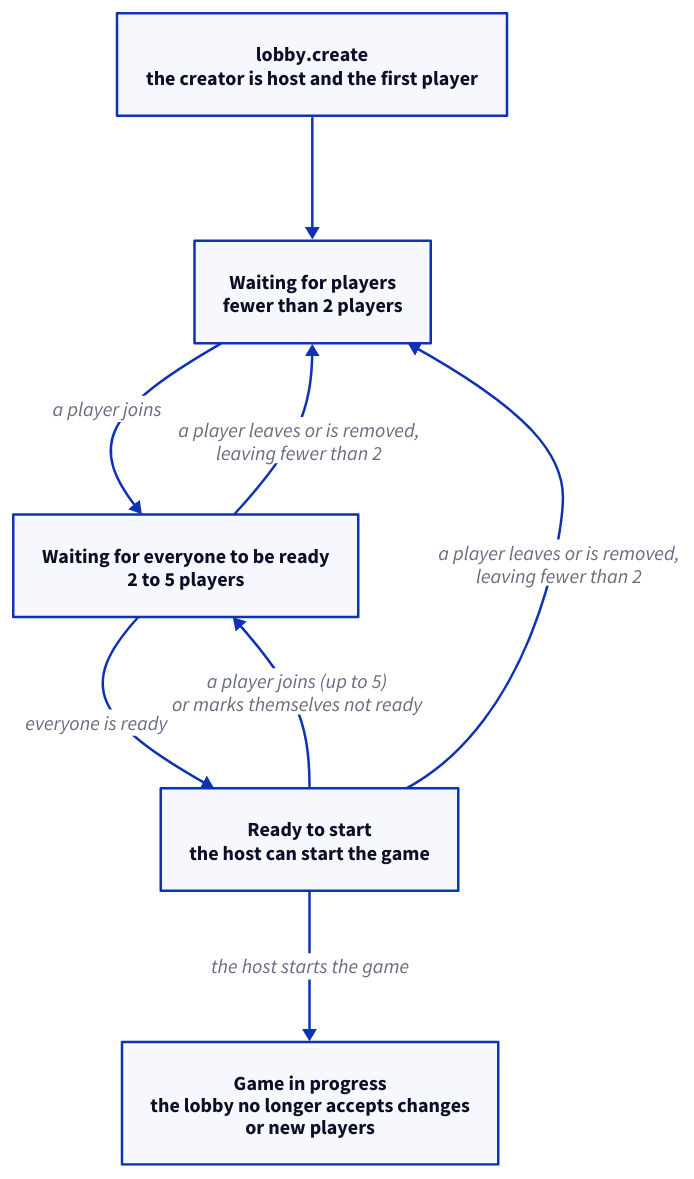
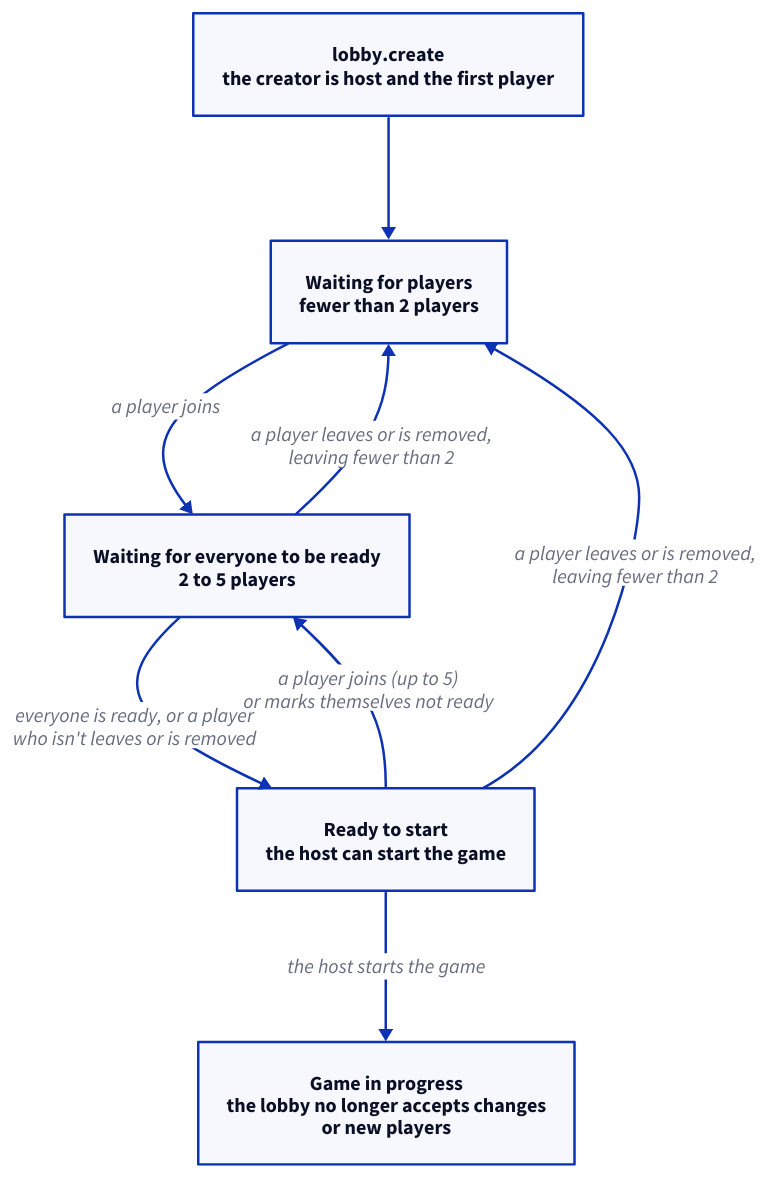
Before and after one commit to alastair-smith/card-games: the diagram in apps/docs/diagrams/flows/lobby.d2, drawn with D2. The commit also changed 4 other files, not shown here.

```diff
--- a/apps/docs/diagrams/flows/lobby.d2
+++ b/apps/docs/diagrams/flows/lobby.d2
@@ -1,19 +1,19 @@
 direction: down
 
 create: "lobby.create\nthe creator is host and the first player"
 
 waiting-for-players: "Waiting for players\nfewer than 2 players"
 waiting-for-ready: "Waiting for everyone to be ready\n2 to 5 players"
 ready: "Ready to start\nthe host can start the game"
 in-progress: "Game in progress\nthe lobby no longer accepts changes\nor new players"
 
 create -> waiting-for-players
 waiting-for-players -> waiting-for-ready: "a player joins"
-waiting-for-ready -> ready: "everyone is ready"
+waiting-for-ready -> ready: "everyone is ready, or a player\nwho isn't leaves or is removed"
 ready -> in-progress: "the host starts the game"
 
 # Steps back are written from the earlier stage, so the layout keeps the
 # stages in order from top to bottom
 waiting-for-ready <- ready: "a player joins (up to 5)\nor marks themselves not ready"
 waiting-for-players <- waiting-for-ready: "a player leaves or is removed,\nleaving fewer than 2"
 waiting-for-players <- ready: "a player leaves or is removed,\nleaving fewer than 2"
```
